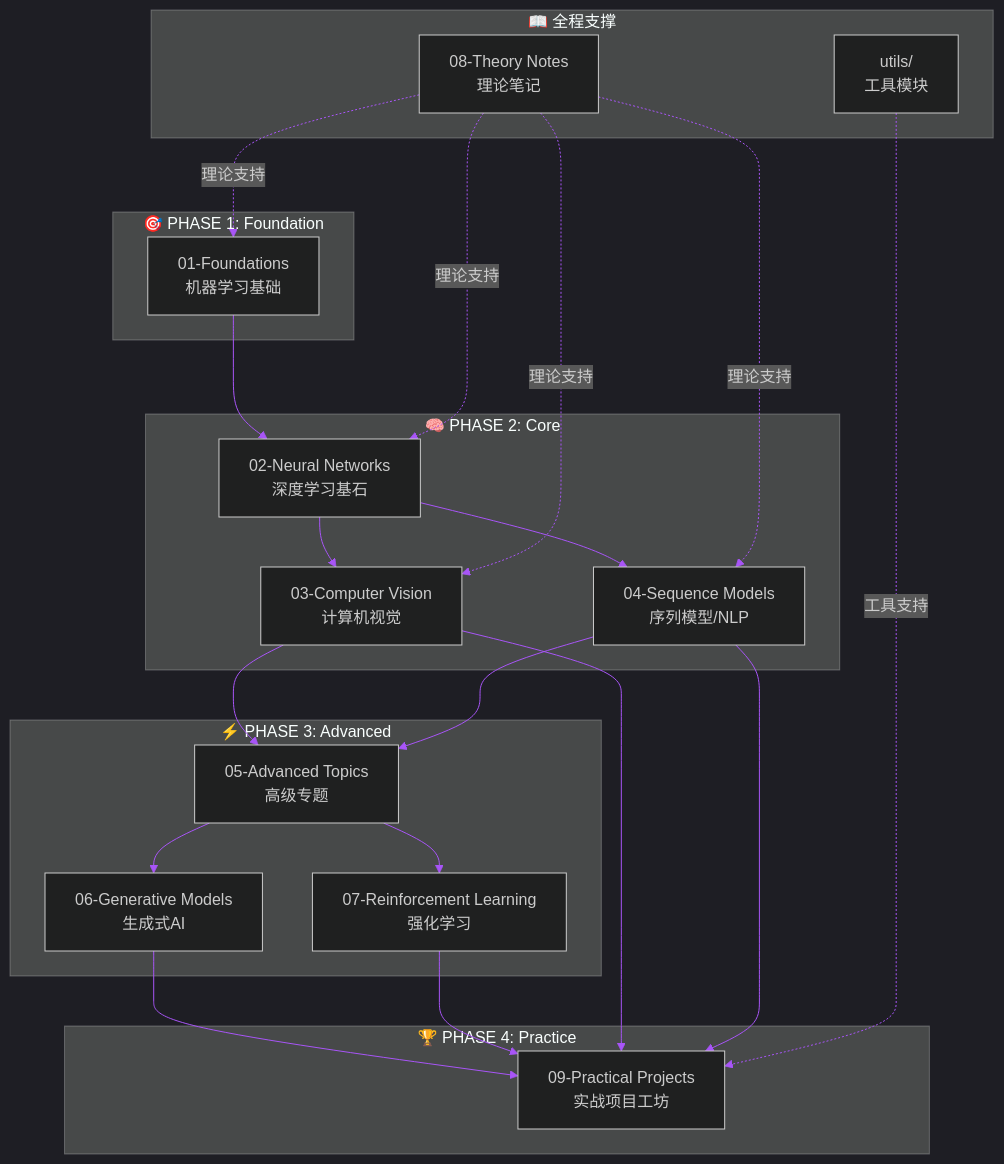
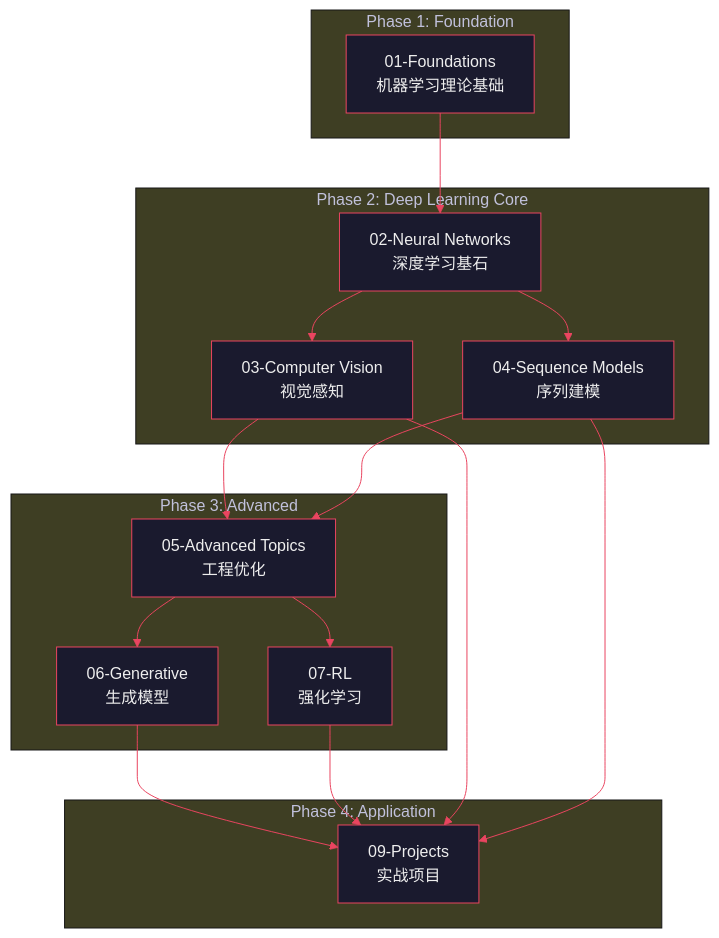
Before and after one commit to moises-goncalves/AI-Practices: the diagram in README.md, drawn with Mermaid. The commit also changed other lines of this file, not shown here.

````diff
--- a/README.md
+++ b/README.md
@@ -284,46 +127,30 @@
 ```mermaid
-%%{init: {'theme': 'dark', 'themeVariables': { 'primaryColor': '#6366f1', 'primaryTextColor': '#fff', 'primaryBorderColor': '#818cf8', 'lineColor': '#a855f7', 'secondaryColor': '#1e1b4b', 'tertiaryColor': '#312e81'}}}%%
-flowchart TB
-    subgraph Foundation["🎯 PHASE 1: Foundation"]
-        A[01-Foundations<br/>机器学习基础]
+%%{init: {'theme': 'base', 'themeVariables': { 'primaryColor': '#1a1a2e', 'primaryTextColor': '#eee', 'primaryBorderColor': '#e94560', 'lineColor': '#e94560', 'secondaryColor': '#16213e'}}}%%
+graph TB
+    subgraph Phase1["Phase 1: Foundation"]
+        A[01-Foundations<br/>机器学习理论基础]
     end
 
-    subgraph Core["🧠 PHASE 2: Core"]
+    subgraph Phase2["Phase 2: Deep Learning Core"]
         B[02-Neural Networks<br/>深度学习基石]
-        C[03-Computer Vision<br/>计算机视觉]
-        D[04-Sequence Models<br/>序列模型/NLP]
+        C[03-Computer Vision<br/>视觉感知]
+        D[04-Sequence Models<br/>序列建模]
     end
 
-    subgraph Advanced["⚡ PHASE 3: Advanced"]
-        E[05-Advanced Topics<br/>高级专题]
-        F[06-Generative Models<br/>生成式AI]
-        G[07-Reinforcement Learning<br/>强化学习]
+    subgraph Phase3["Phase 3: Advanced"]
+        E[05-Advanced Topics<br/>工程优化]
+        F[06-Generative<br/>生成模型]
+        G[07-RL<br/>强化学习]
     end
 
-    subgraph Practice["🏆 PHASE 4: Practice"]
-        H[09-Practical Projects<br/>实战项目工坊]
-    end
-
-    subgraph Support["📖 全程支撑"]
-        I[08-Theory Notes<br/>理论笔记]
-        J[utils/<br/>工具模块]
+    subgraph Phase4["Phase 4: Application"]
+        H[09-Projects<br/>实战项目]
     end
 
     A --> B
-    B --> C
-    B --> D
-    C --> E
-    D --> E
-    E --> F
-    E --> G
-    F --> H
-    G --> H
-    C --> H
-    D --> H
-
-    I -.->|理论支持| A
-    I -.->|理论支持| B
-    I -.->|理论支持| C
-    I -.->|理论支持| D
-    J -.->|工具支持| H
+    B --> C & D
+    C & D --> E
+    E --> F & G
+    F & G --> H
+    C & D --> H
 ```
````
